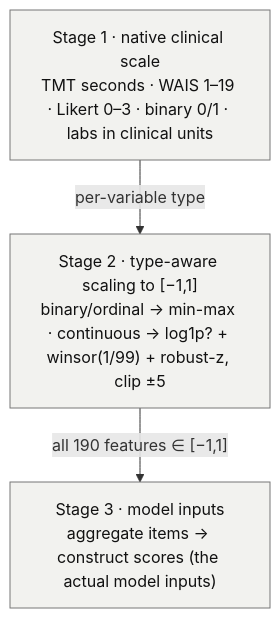
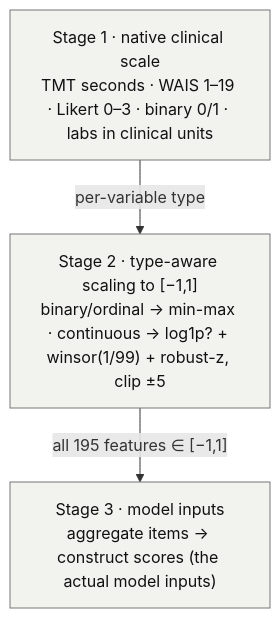
The third of 10 diagrams in docs/PIPELINE.md (AndriiKulakovskyi/face-trans-diagnostic-phenotypes), drawn with Mermaid before and after one commit. The commit also changed other lines of this file and 1 other file, not shown here.

````diff
--- a/docs/PIPELINE.md
+++ b/docs/PIPELINE.md
@@ -105,9 +105,9 @@
 ```mermaid
 flowchart TB
     classDef proc fill:#F2F2EF,stroke:#777,color:#111
     S1["Stage 1 · native clinical scale<br/>TMT seconds · WAIS 1–19 · Likert 0–3 · binary 0/1 · labs in clinical units"]:::proc
     S1 -->|"per-variable type"| S2
     S2["Stage 2 · type-aware scaling to [−1,1]<br/>binary/ordinal → min-max · continuous → log1p? + winsor(1/99) + robust-z, clip ±5"]:::proc
-    S2 -->|"all 190 features ∈ [−1,1]"| S3
+    S2 -->|"all 195 features ∈ [−1,1]"| S3
     S3["Stage 3 · model inputs<br/>aggregate items → construct scores (the actual model inputs)"]:::proc
 ```
````
